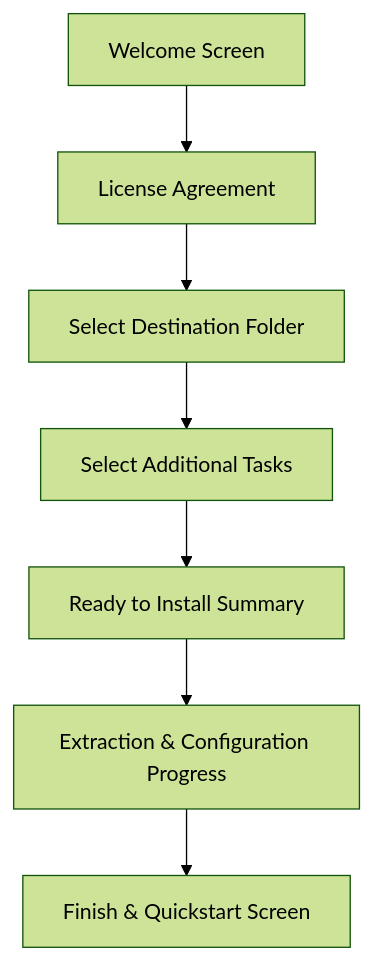
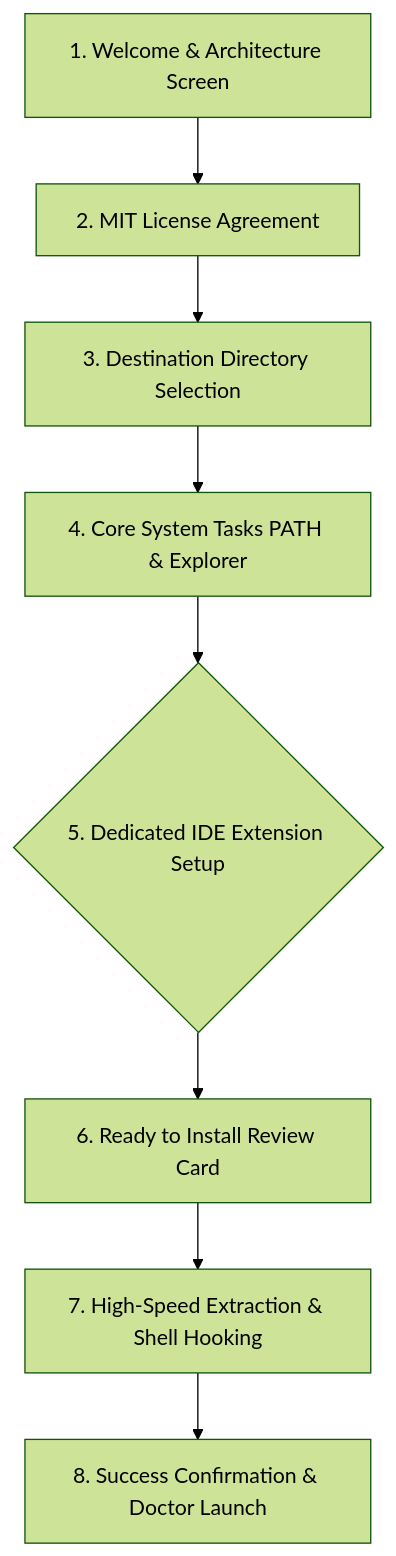
One commit to HaxOrWot/AerixLang changed the diagram in AerixInstaller/docs/03_INSTALLER_UI_UX_FLOW.md. Above: the diagram before and after it, drawn with Mermaid (forest theme). The commit also changed other lines of this file and 6 other files, not shown here.

Commit message:
feat(installer): upgrade installer docs, add interactive VS Code & Antigravity IDE prompt page, and rebuild AerixSetup-1.0.84.exe

````diff
--- a/AerixInstaller/docs/03_INSTALLER_UI_UX_FLOW.md
+++ b/AerixInstaller/docs/03_INSTALLER_UI_UX_FLOW.md
@@ -29,9 +52,10 @@
 ```mermaid
 graph TD
-    A[Welcome Screen] --> B[License Agreement]
-    B --> C[Select Destination Folder]
-    C --> D[Select Additional Tasks]
-    D --> E[Ready to Install Summary]
-    E --> F[Extraction & Configuration Progress]
-    F --> G[Finish & Quickstart Screen]
+    P1[1. Welcome & Architecture Screen] --> P2[2. MIT License Agreement]
+    P2 --> P3[3. Destination Directory Selection]
+    P3 --> P4[4. Core System Tasks PATH & Explorer]
+    P4 --> P5{5. Dedicated IDE Extension Setup}
+    P5 --> P6[6. Ready to Install Review Card]
+    P6 --> P7[7. High-Speed Extraction & Shell Hooking]
+    P7 --> P8[8. Success Confirmation & Doctor Launch]
 ```
````
